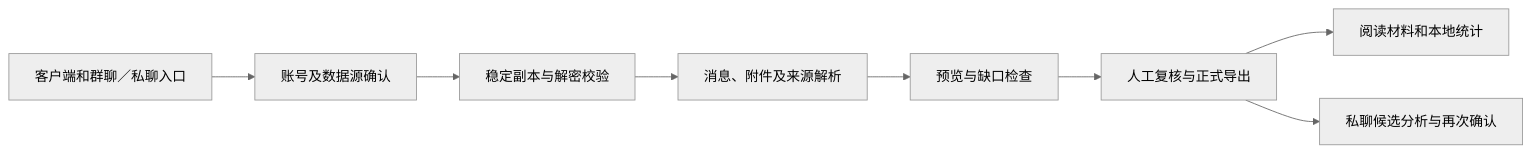
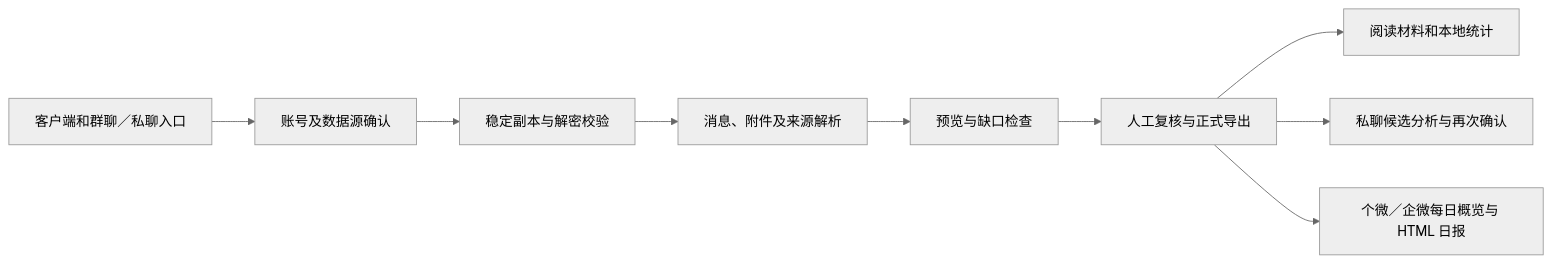
The diagram in docs/maintenance.md (JJ704sd/WXData-Analysis-Beta), drawn with Mermaid (neutral theme) before and after one commit. The commit also changed other lines of this file and 11 other files, not shown here.

````diff
--- a/docs/maintenance.md
+++ b/docs/maintenance.md
@@ -7,10 +7,11 @@
 ```mermaid
 flowchart LR
     A[客户端和群聊／私聊入口] --> B[账号及数据源确认]
     B --> C[稳定副本与解密校验]
     C --> D[消息、附件及来源解析]
     D --> E[预览与缺口检查]
     E --> F[人工复核与正式导出]
     F --> G[阅读材料和本地统计]
     F --> H[私聊候选分析与再次确认]
+    F --> I[个微／企微每日概览与 HTML 日报]
 ```
````
